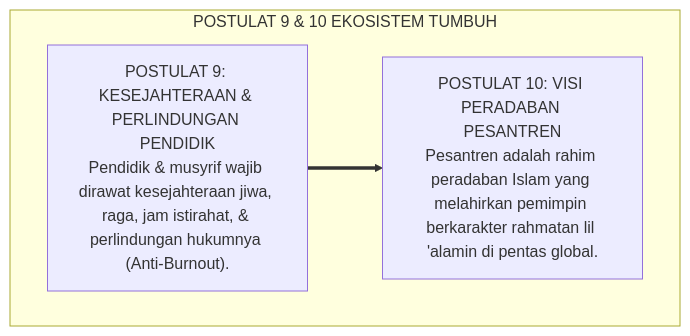
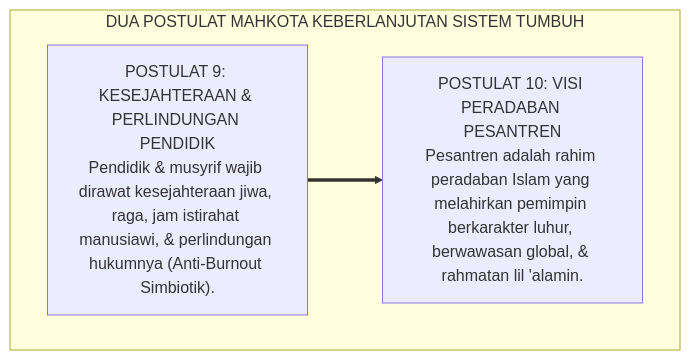
One commit to wandiapriliyandi/tumbuh changed the first of 3 diagrams in BOOK-SERIES/Volume-01/Bab-05-Sepuluh-Jawaban-Filosofis-Ekosistem-TUMBUH/04-Postulat-9-sd-10-Kesejahteraan-Pendidik-dan-Visi-Global.md. Above: the diagram before and after it, drawn with Mermaid. The commit also changed other lines of this file and 24 other files, not shown here.

Commit message:
feat(book-01): perkaya dan perdalam seluruh isi subbab bab 02 s.d. 07 dengan elaborasi komprehensif, analisis mendalam, dan diagram alur lengkap

````diff
--- a/BOOK-SERIES/Volume-01/Bab-05-Sepuluh-Jawaban-Filosofis-Ekosistem-TUMBUH/04-Postulat-9-sd-10-Kesejahteraan-Pendidik-dan-Visi-Global.md
+++ b/BOOK-SERIES/Volume-01/Bab-05-Sepuluh-Jawaban-Filosofis-Ekosistem-TUMBUH/04-Postulat-9-sd-10-Kesejahteraan-Pendidik-dan-Visi-Global.md
@@ -18,10 +19,10 @@
 ```mermaid
 graph TD
-    subgraph DuaMahkotaTerakhir["POSTULAT 9 & 10 EKOSISTEM TUMBUH"]
-        P9["POSTULAT 9: KESEJAHTERAAN & PERLINDUNGAN PENDIDIK<br/>Pendidik & musyrif wajib dirawat kesejahteraan jiwa, raga, jam istirahat, & perlindungan hukumnya (Anti-Burnout)."]
+    subgraph DuaMahkotaTerakhir["DUA POSTULAT MAHKOTA KEBERLANJUTAN SISTEM TUMBUH"]
+        P9["POSTULAT 9: KESEJAHTERAAN & PERLINDUNGAN PENDIDIK<br/>Pendidik & musyrif wajib dirawat kesejahteraan jiwa, raga, jam istirahat manusiawi, & perlindungan hukumnya (Anti-Burnout Simbiotik)."]
         
-        P10["POSTULAT 10: VISI PERADABAN PESANTREN<br/>Pesantren adalah rahim peradaban Islam yang melahirkan pemimpin berkarakter rahmatan lil 'alamin di pentas global."]
+        P10["POSTULAT 10: VISI PERADABAN PESANTREN<br/>Pesantren adalah rahim peradaban Islam yang melahirkan pemimpin berkarakter luhur, berwawasan global, & rahmatan lil 'alamin."]
         
         P9 ==> P10
     end
 ```
````
